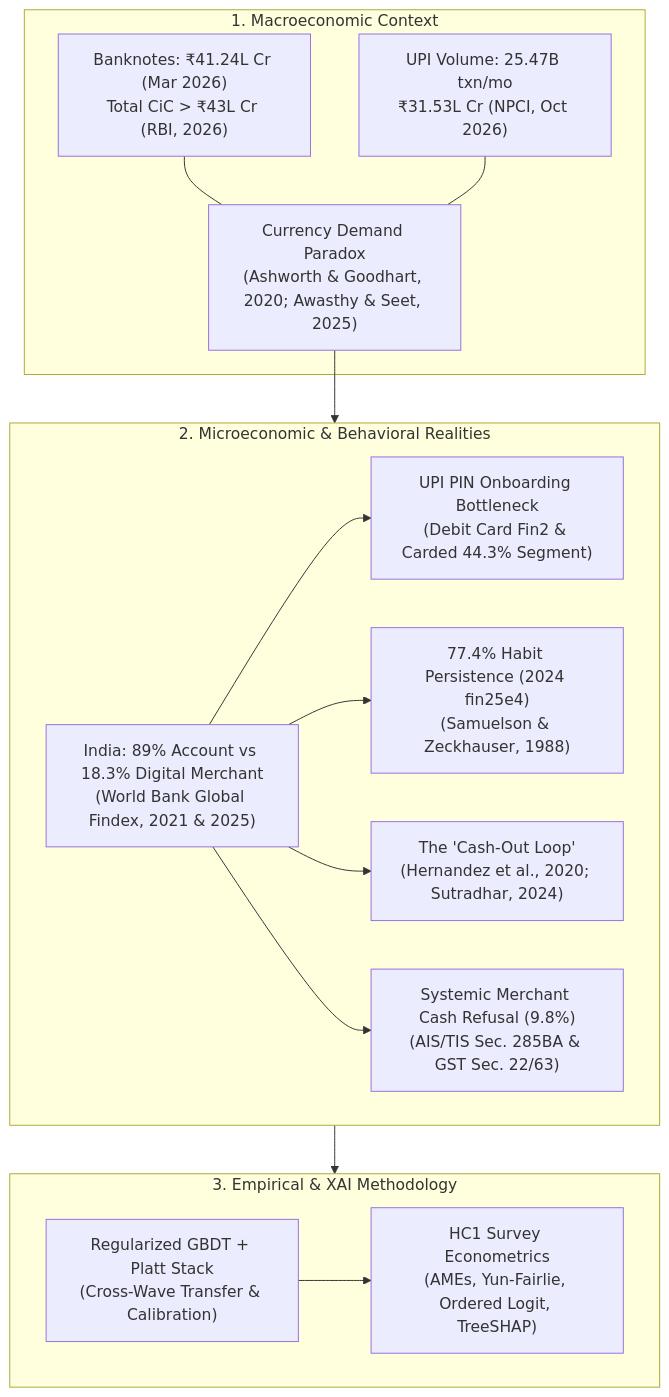
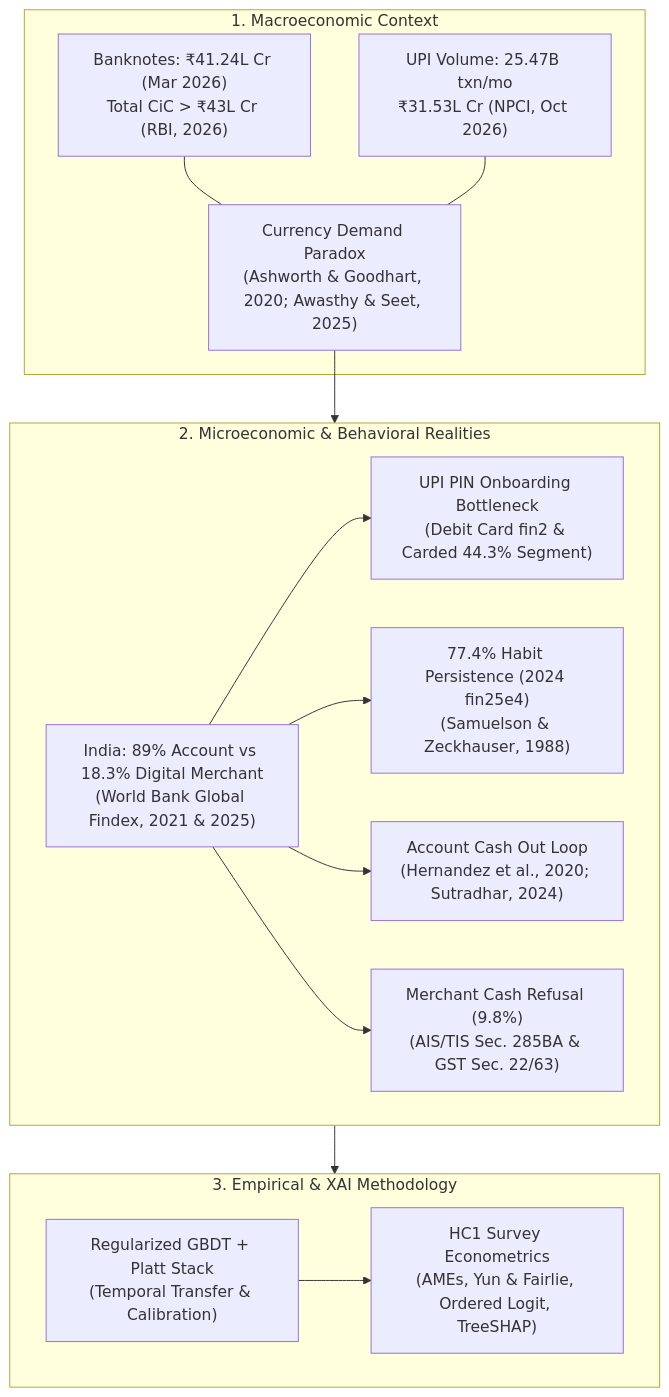
Before and after one commit to aryawadhwa/pomeel: the diagram in paper/RESEARCH_PAPER.md, drawn with Mermaid. The commit also changed other lines of this file and 3 other files, not shown here.

Commit message:
docs,fix: eliminate hyphens and AI slop, prevent IEEE table/figure overflow, sync Overleaf zip

````diff
--- a/paper/RESEARCH_PAPER.md
+++ b/paper/RESEARCH_PAPER.md
@@ -33,31 +33,31 @@
 ```mermaid
 flowchart TD
     subgraph Macro [1. Macroeconomic Context]
         CiC["Banknotes: ₹41.24L Cr (Mar 2026)<br/>Total CiC > ₹43L Cr (RBI, 2026)"]
         UPI["UPI Volume: 25.47B txn/mo<br/>₹31.53L Cr (NPCI, Oct 2026)"]
         Paradox["Currency Demand Paradox<br/>(Ashworth & Goodhart, 2020; Awasthy & Seet, 2025)"]
         CiC --- Paradox
         UPI --- Paradox
     end
 
     subgraph Micro [2. Microeconomic & Behavioral Realities]
         Findex["India: 89% Account vs 18.3% Digital Merchant<br/>(World Bank Global Findex, 2021 & 2025)"]
-        Card["UPI PIN Onboarding Bottleneck<br/>(Debit Card Fin2 & Carded 44.3% Segment)"]
+        Card["UPI PIN Onboarding Bottleneck<br/>(Debit Card fin2 & Carded 44.3% Segment)"]
         Habit["77.4% Habit Persistence (2024 fin25e4)<br/>(Samuelson & Zeckhauser, 1988)"]
-        Loop["The 'Cash-Out Loop'<br/>(Hernandez et al., 2020; Sutradhar, 2024)"]
-        Tax["Systemic Merchant Cash Refusal (9.8%)<br/>(AIS/TIS Sec. 285BA & GST Sec. 22/63)"]
+        Loop["Account Cash Out Loop<br/>(Hernandez et al., 2020; Sutradhar, 2024)"]
+        Tax["Merchant Cash Refusal (9.8%)<br/>(AIS/TIS Sec. 285BA & GST Sec. 22/63)"]
         Findex --> Card
         Findex --> Habit
         Findex --> Loop
         Findex --> Tax
     end
 
     subgraph Method [3. Empirical & XAI Methodology]
-        XGB["Regularized GBDT + Platt Stack<br/>(Cross-Wave Transfer & Calibration)"]
-        ECON["HC1 Survey Econometrics<br/>(AMEs, Yun-Fairlie, Ordered Logit, TreeSHAP)"]
+        XGB["Regularized GBDT + Platt Stack<br/>(Temporal Transfer & Calibration)"]
+        ECON["HC1 Survey Econometrics<br/>(AMEs, Yun & Fairlie, Ordered Logit, TreeSHAP)"]
         XGB --> ECON
     end
 
     Paradox --> Micro
     Micro --> Method
 ```
````
